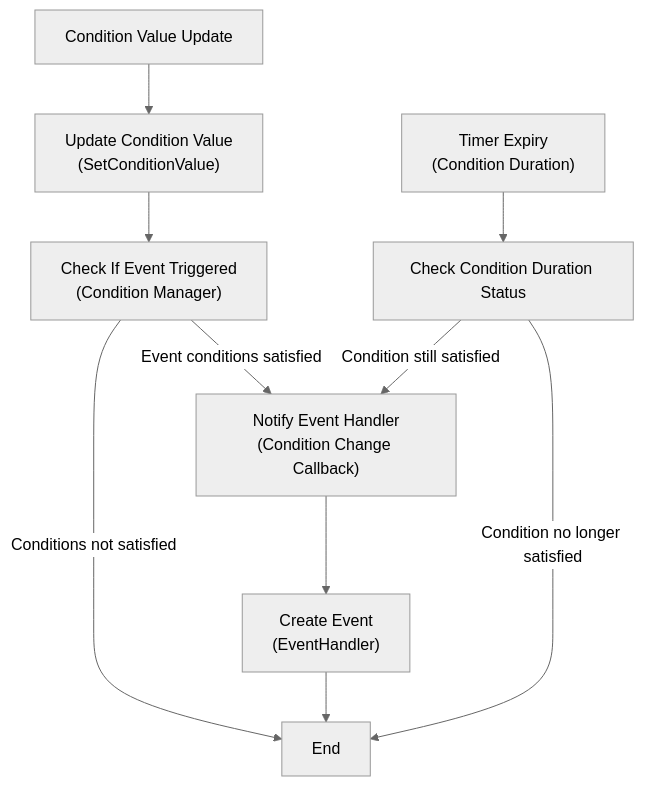
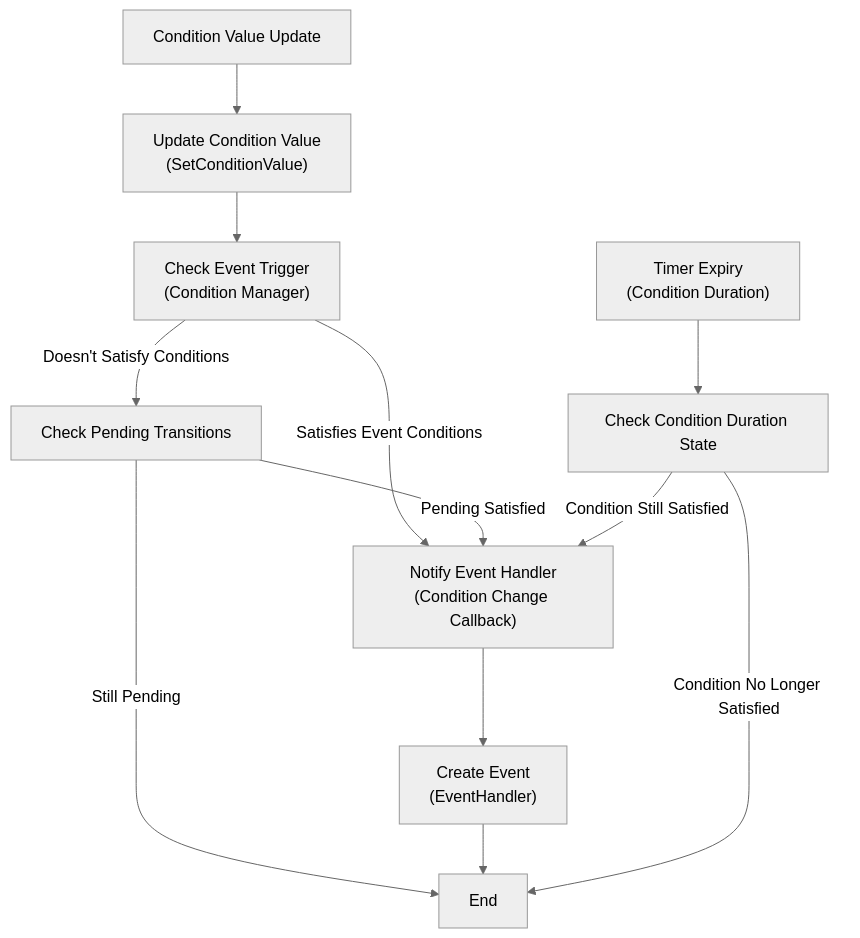
One commit to JUSTLIKEHU/StateMachine_Frame changed the third of 6 diagrams in README.md. Above: the diagram before and after it, drawn with Mermaid (neutral theme). The commit also changed other lines of this file and 18 other files, not shown here.

````diff
--- a/README.md
+++ b/README.md
@@ -1171,14 +1255,17 @@
 ```mermaid
 graph TD
     Start[Condition Value Update] --> Update["Update Condition Value<br>(SetConditionValue)"]
-    Update --> Check["Check If Event Triggered<br>(Condition Manager)"]
-    Check -- Event conditions satisfied --> Notify["Notify Event Handler<br>(Condition Change Callback)"]
-    Check -- Conditions not satisfied --> End[End]
+    Update --> Check["Check Event Trigger<br>(Condition Manager)"]
+    Check -- Satisfies Event Conditions --> Notify["Notify Event Handler<br>(Condition Change Callback)"]
+    Check -- Doesn't Satisfy Conditions --> CheckPending["Check Pending Transitions"]
+    
+    CheckPending -- Pending Satisfied --> Notify
+    CheckPending -- Still Pending --> End[End]
     
     Notify --> CreateEvent["Create Event<br>(EventHandler)"]
     CreateEvent --> End
     
-    Timer["Timer Expiry<br>(Condition Duration)"] --> CheckDur["Check Condition Duration Status"]
-    CheckDur -- Condition still satisfied --> Notify
-    CheckDur -- Condition no longer satisfied --> End
+    Timer["Timer Expiry<br>(Condition Duration)"] --> CheckDur["Check Condition Duration State"]
+    CheckDur -- Condition Still Satisfied --> Notify
+    CheckDur -- Condition No Longer Satisfied --> End
 ```
````
